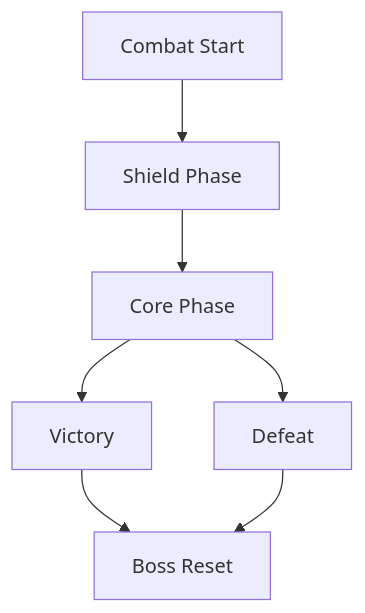
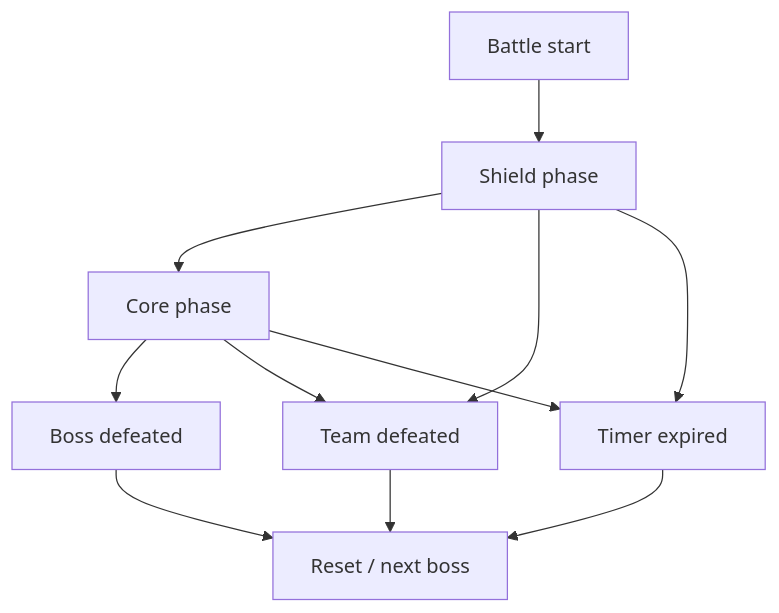
The diagram in docs/combat-system.md (Pval-Dev/Idle-Boss-Fighters), drawn with Mermaid before and after one commit. The commit also changed other lines of this file and 8 other files, not shown here.

````diff
--- a/docs/combat-system.md
+++ b/docs/combat-system.md
@@ -55,27 +11,21 @@
 ```mermaid
 flowchart TD
+    Start["Battle start"]
+    Shield["Shield phase"]
+    Core["Core phase"]
+    Victory["Boss defeated"]
+    Defeat["Team defeated"]
+    Timeout["Timer expired"]
+    Reset["Reset / next boss"]
 
-Start["Combat Start"]
-
-Shield["Shield Phase"]
-
-Core["Core Phase"]
-
-Victory["Victory"]
-
-Defeat["Defeat"]
-
-Reset["Boss Reset"]
-
-Start --> Shield
-
-Shield --> Core
-
-Core --> Victory
-
-Core --> Defeat
-
-Victory --> Reset
-
-Defeat --> Reset
+    Start --> Shield
+    Shield --> Core
+    Shield --> Defeat
+    Shield --> Timeout
+    Core --> Victory
+    Core --> Defeat
+    Core --> Timeout
+    Victory --> Reset
+    Defeat --> Reset
+    Timeout --> Reset
 ```
````
